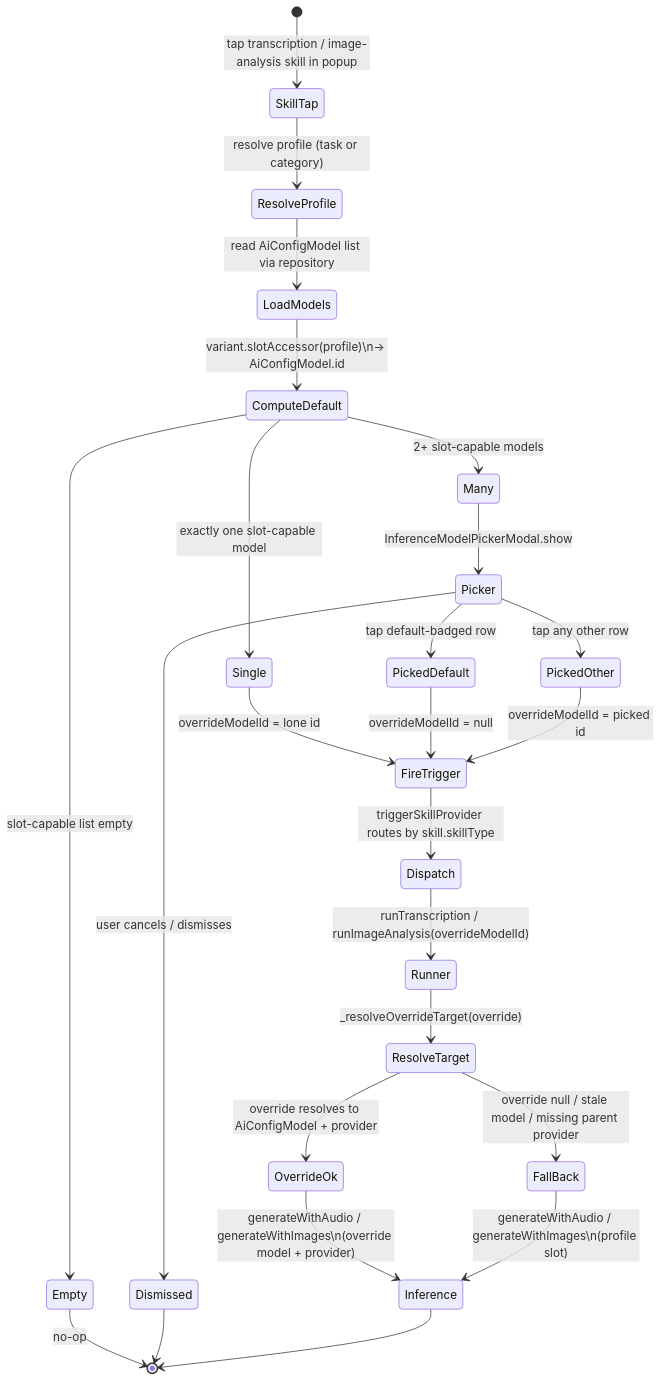
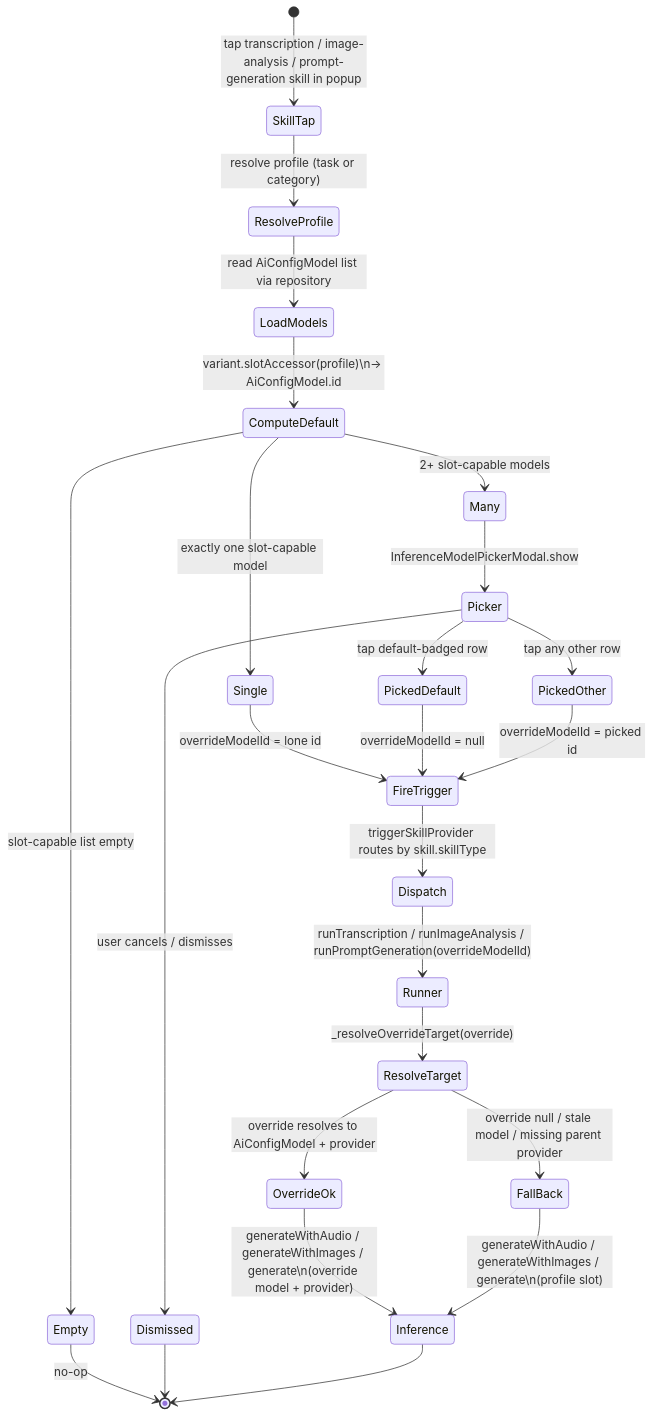
Before and after one commit to matthiasn/lotti: the fifth of 10 diagrams in lib/features/ai/README.md, drawn with Mermaid. The commit also changed other lines of this file and 43 other files, not shown here.

````diff
--- a/lib/features/ai/README.md
+++ b/lib/features/ai/README.md
@@ -295,27 +296,27 @@
 ```mermaid
 stateDiagram-v2
-  [*] --> SkillTap: tap transcription / image-analysis skill in popup
+  [*] --> SkillTap: tap transcription / image-analysis / prompt-generation skill in popup
   SkillTap --> ResolveProfile: resolve profile (task or category)
   ResolveProfile --> LoadModels: read AiConfigModel list via repository
   LoadModels --> ComputeDefault: variant.slotAccessor(profile)\n→ AiConfigModel.id
   ComputeDefault --> Empty: slot-capable list empty
   ComputeDefault --> Single: exactly one slot-capable model
   ComputeDefault --> Many: 2+ slot-capable models
   Empty --> [*]: no-op
   Single --> FireTrigger: overrideModelId = lone id
   Many --> Picker: InferenceModelPickerModal.show
   Picker --> Dismissed: user cancels / dismisses
   Picker --> PickedDefault: tap default-badged row
   Picker --> PickedOther: tap any other row
   Dismissed --> [*]
   PickedDefault --> FireTrigger: overrideModelId = null
   PickedOther --> FireTrigger: overrideModelId = picked id
   FireTrigger --> Dispatch: triggerSkillProvider routes by skill.skillType
-  Dispatch --> Runner: runTranscription / runImageAnalysis(overrideModelId)
+  Dispatch --> Runner: runTranscription / runImageAnalysis / runPromptGeneration(overrideModelId)
   Runner --> ResolveTarget: _resolveOverrideTarget(override)
   ResolveTarget --> OverrideOk: override resolves to AiConfigModel + provider
   ResolveTarget --> FallBack: override null / stale model / missing parent provider
-  OverrideOk --> Inference: generateWithAudio / generateWithImages\n(override model + provider)
-  FallBack --> Inference: generateWithAudio / generateWithImages\n(profile slot)
+  OverrideOk --> Inference: generateWithAudio / generateWithImages / generate\n(override model + provider)
+  FallBack --> Inference: generateWithAudio / generateWithImages / generate\n(profile slot)
   Inference --> [*]
 ```
````
